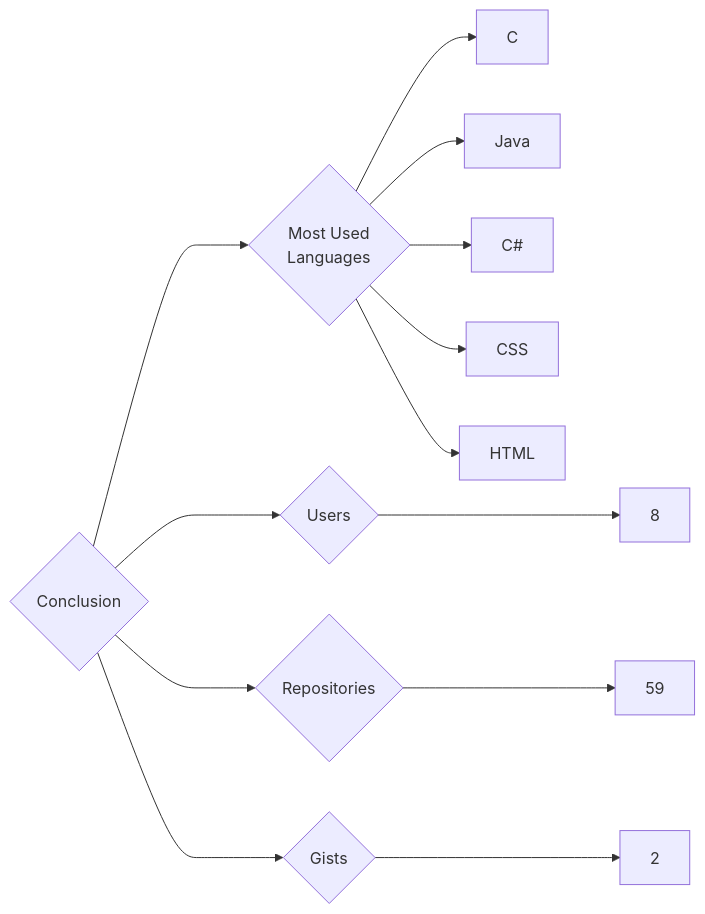
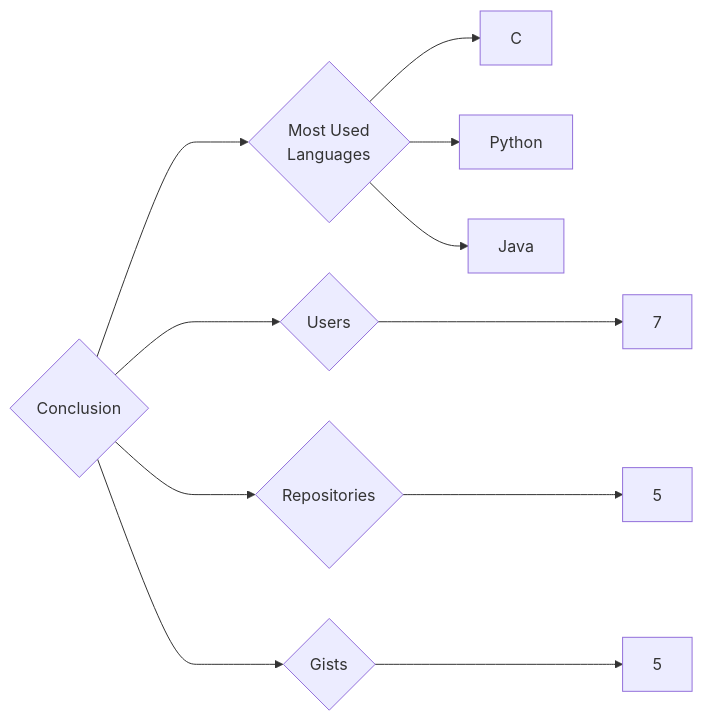
One commit to trickest/insiders changed the diagram in targets/Conclusion/README.md. Above: the diagram before and after it, drawn with Mermaid. The commit also changed 1123 other files, not shown here.

````diff
--- a/targets/Conclusion/README.md
+++ b/targets/Conclusion/README.md
@@ -3,13 +3,11 @@
 ```mermaid
 graph LR
 COMPANY_NAME{Conclusion}
-COMPANY_NAME ---> U{Users} ---> UN[8]
-COMPANY_NAME ---> R{Repositories} ---> RN[59]
-COMPANY_NAME ---> G{Gists} ---> GN[2]
+COMPANY_NAME ---> U{Users} ---> UN[7]
+COMPANY_NAME ---> R{Repositories} ---> RN[5]
+COMPANY_NAME ---> G{Gists} ---> GN[5]
 COMPANY_NAME ---> ML{Most Used<br>Languages}
 ML --> C[C]
+ML --> Python[Python]
 ML --> Java[Java]
-ML --> C#[C#]
-ML --> CSS[CSS]
-ML --> HTML[HTML]
 ```
````
